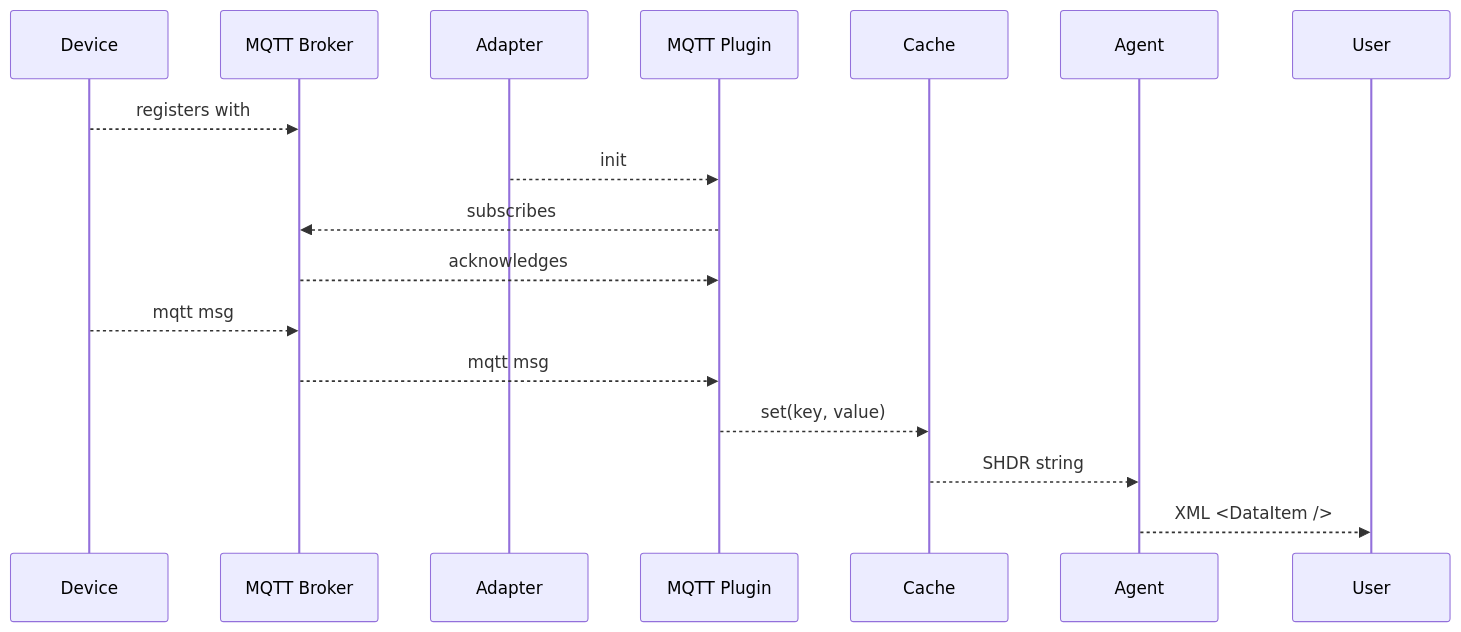
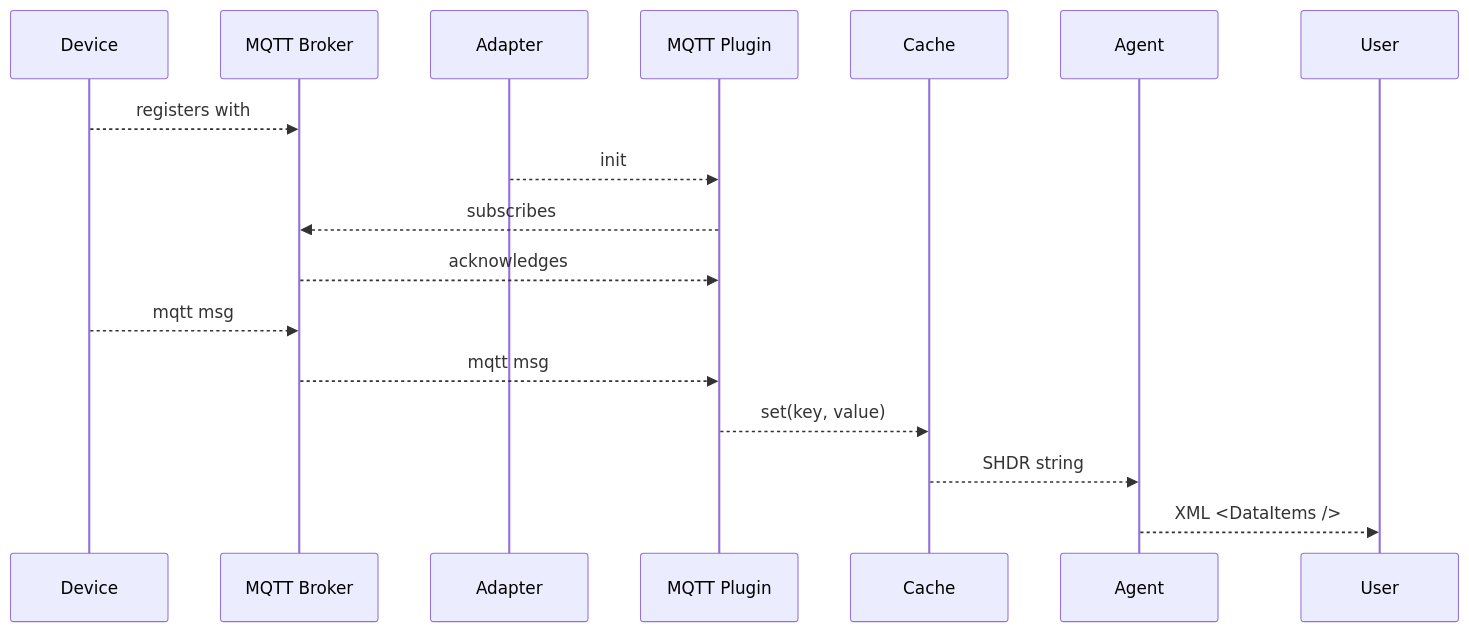
Before and after one commit to Ladder99/ladder99: the first of 3 diagrams in design/plugins.md, drawn with Mermaid. The commit also changed other lines of this file, not shown here.

````diff
--- a/design/plugins.md
+++ b/design/plugins.md
@@ -5,22 +5,22 @@
 ```mermaid
 sequenceDiagram
 
 participant device as Device
 participant broker as MQTT Broker
 participant adapter as Adapter
 participant plugin as MQTT Plugin
 participant cache as Cache
 participant agent as Agent
 participant user as User
 
 device -->> broker: registers with
 adapter -->> plugin: init
 plugin -->> broker: subscribes
 broker -->> plugin: acknowledges
 device -->> broker: mqtt msg
 broker -->> plugin: mqtt msg
 plugin -->> cache: set(key, value)
 cache -->> agent: SHDR string
-agent -->> user: XML <DataItem />
+agent -->> user: XML <DataItems />
 
 ```
````
